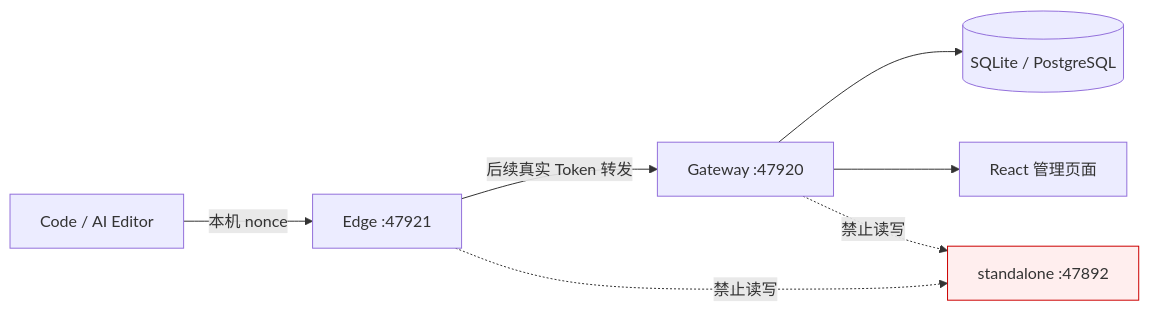
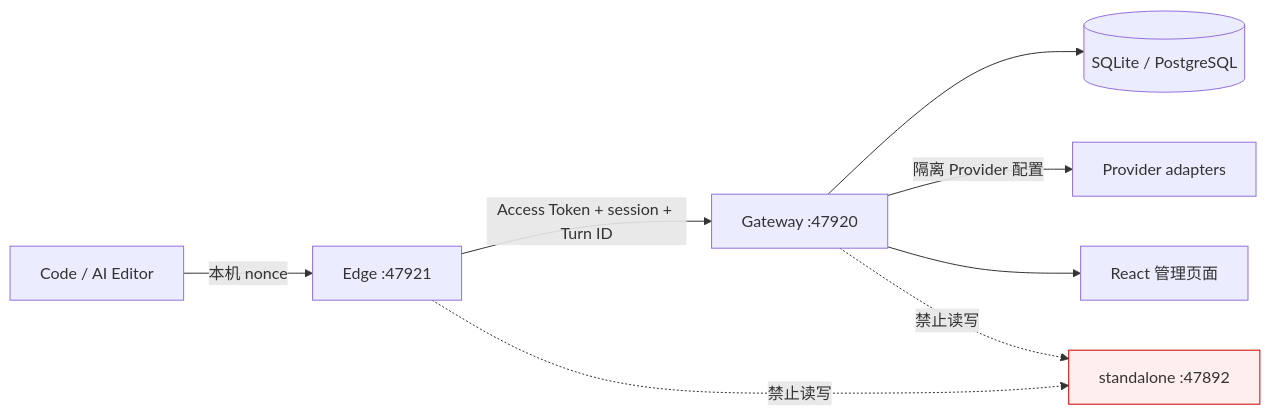
The first of 3 diagrams in ARCHITECTURE.md (OscarYi9527/codex_proxy), drawn with Mermaid before and after one commit. The commit also changed other lines of this file and 7 other files, not shown here.

````diff
--- a/ARCHITECTURE.md
+++ b/ARCHITECTURE.md
@@ -25,11 +27,12 @@
 ```mermaid
 flowchart LR
     Code[Code / AI Editor] -->|本机 nonce| Edge[Edge :47921]
-    Edge -->|后续真实 Token 转发| Gateway[Gateway :47920]
+    Edge -->|Access Token + session + Turn ID| Gateway[Gateway :47920]
     Gateway --> DB[(SQLite / PostgreSQL)]
+    Gateway -->|隔离 Provider 配置| Provider[Provider adapters]
     Gateway --> Admin[React 管理页面]
     Shared[standalone :47892]:::protected
     Edge -. 禁止读写 .-> Shared
     Gateway -. 禁止读写 .-> Shared
     classDef protected fill:#fee,stroke:#c00
 ```
````
